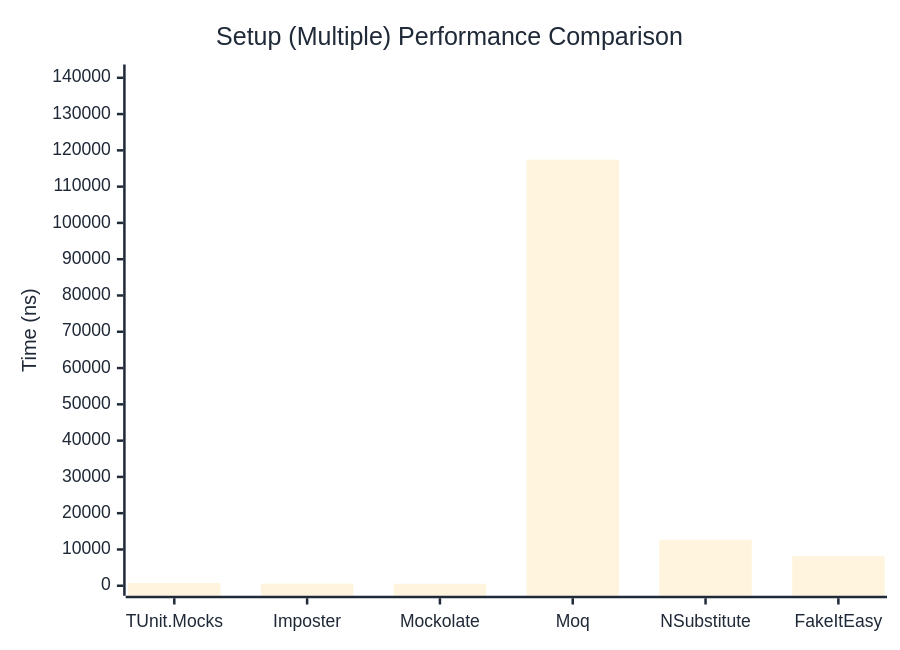
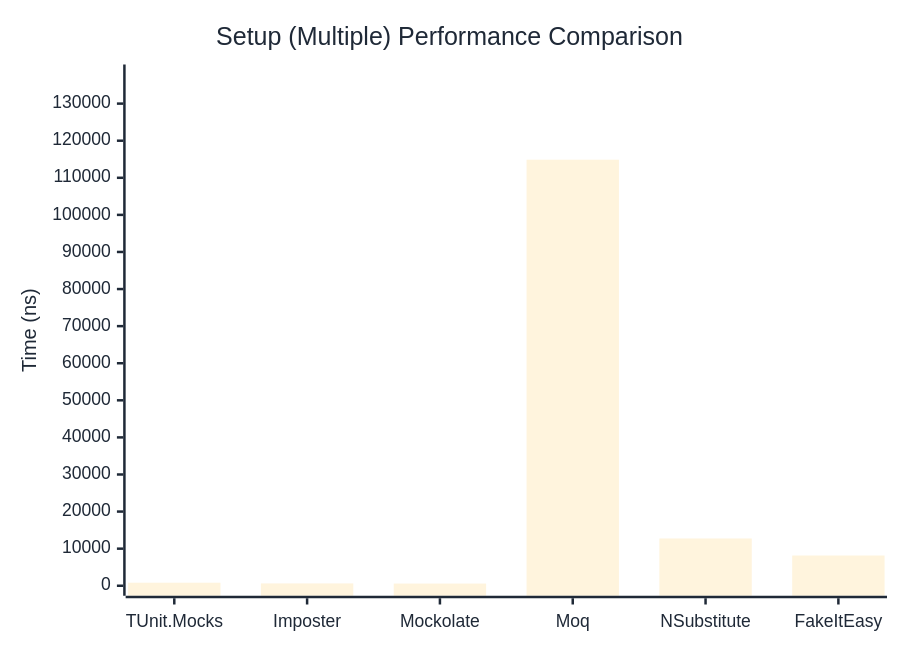
The second of 2 diagrams in docs/docs/benchmarks/mocks/Setup.md (thomhurst/TUnit), drawn with Mermaid before and after one commit. The commit also changed other lines of this file and 14 other files, not shown here.

````diff
--- a/docs/docs/benchmarks/mocks/Setup.md
+++ b/docs/docs/benchmarks/mocks/Setup.md
@@ -71,27 +71,27 @@
 ```mermaid
 %%{init: {
   'theme':'base',
   'themeVariables': {
     'primaryColor': '#2563eb',
     'primaryTextColor': '#1f2937',
     'primaryBorderColor': '#1e40af',
     'lineColor': '#6b7280',
     'secondaryColor': '#7c3aed',
     'tertiaryColor': '#dc2626',
     'background': '#ffffff',
     'pie1': '#2563eb',
     'pie2': '#7c3aed',
     'pie3': '#dc2626',
     'pie4': '#f59e0b',
     'pie5': '#10b981',
     'pie6': '#06b6d4',
     'pie7': '#ec4899',
     'pie8': '#6366f1'
   }
 }}%%
 xychart-beta
   title "Setup (Multiple) Performance Comparison"
   x-axis ["TUnit.Mocks", "Imposter", "Mockolate", "Moq", "NSubstitute", "FakeItEasy"]
-  y-axis "Time (ns)" 0 --> 140907
-  bar [771.7, 581.1, 551.7, 117422.1, 12694.8, 8165.7]
+  y-axis "Time (ns)" 0 --> 137850
+  bar [819.4, 629.2, 593.9, 114874.5, 12746.2, 8152.3]
 ```
````
